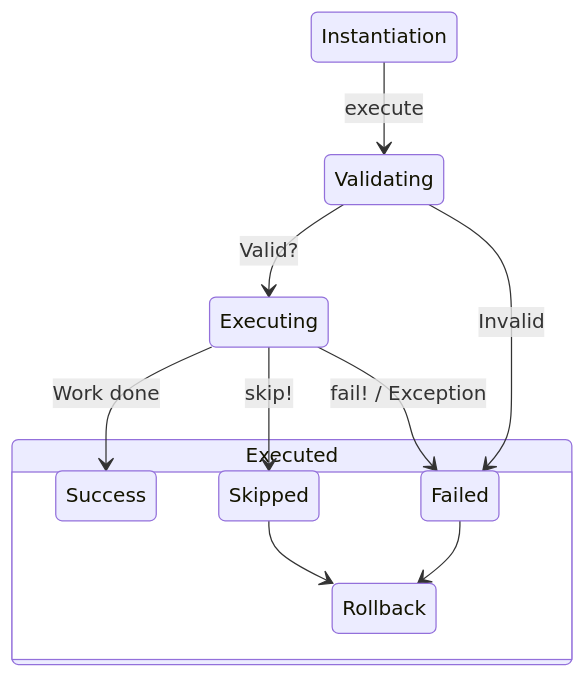
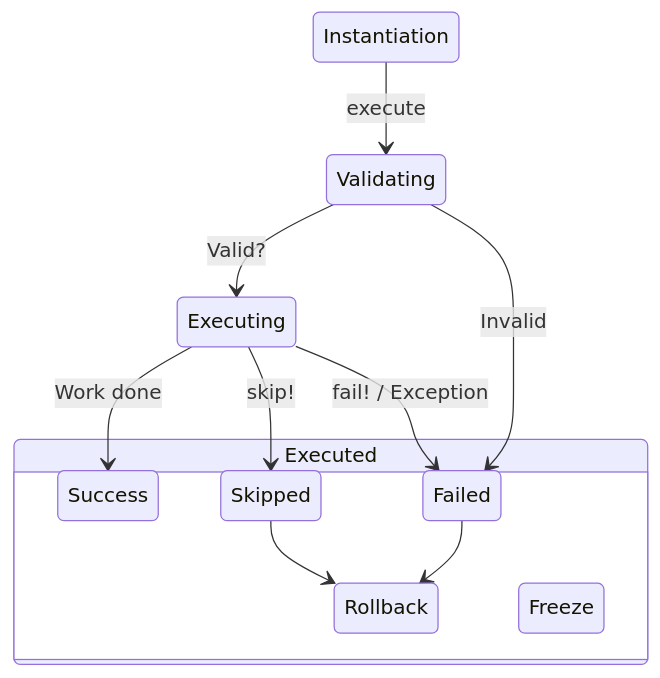
The diagram in docs/basics/setup.md (drexed/cmdx), drawn with Mermaid before and after one commit. The commit also changed other lines of this file and 63 other files, not shown here.

````diff
--- a/docs/basics/setup.md
+++ b/docs/basics/setup.md
@@ -74,21 +74,22 @@
 ```mermaid
 stateDiagram-v2
     Initialized: Instantiation
     Initialized --> Validating: execute
     Validating --> Executing: Valid?
     Validating --> Failed: Invalid
     Executing --> Success: Work done
     Executing --> Skipped: skip!
     Executing --> Failed: fail! / Exception
     Executed
 
     state Executed {
         Success
         Skipped
         Failed
         Rollback
+        Freeze
 
         Skipped --> Rollback
         Failed --> Rollback
     }
 ```
````
